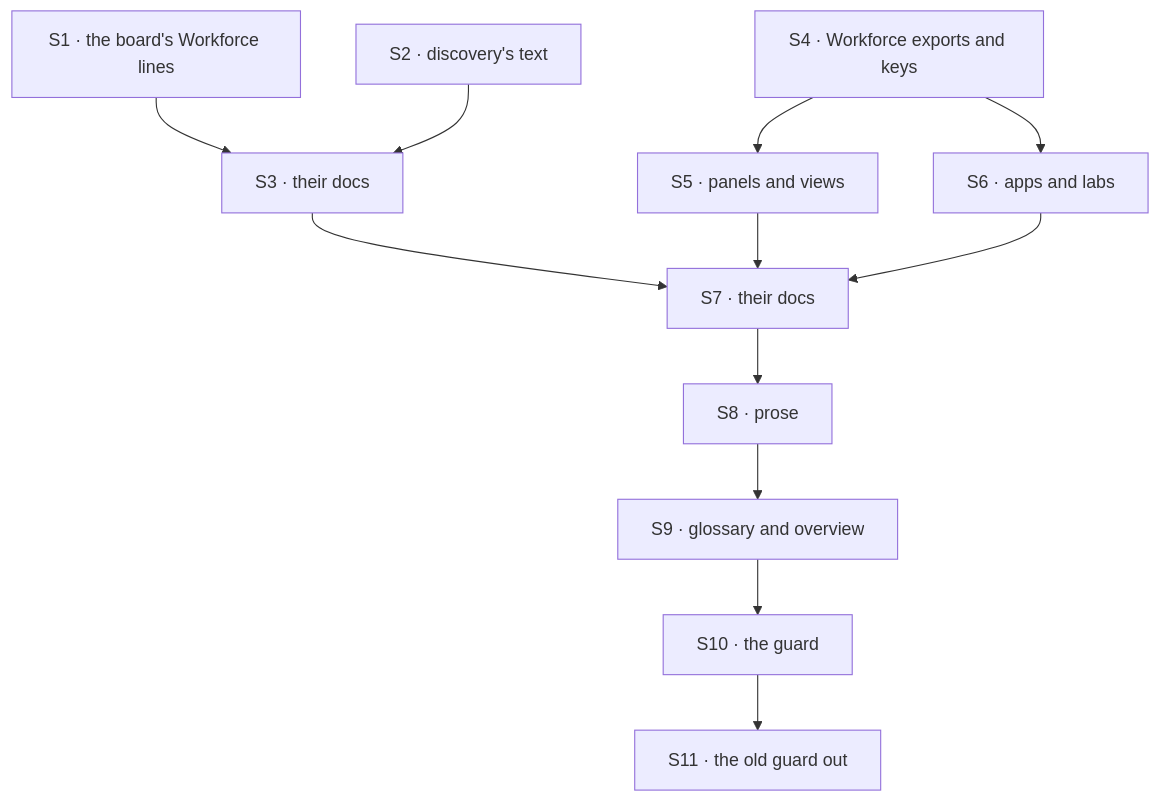
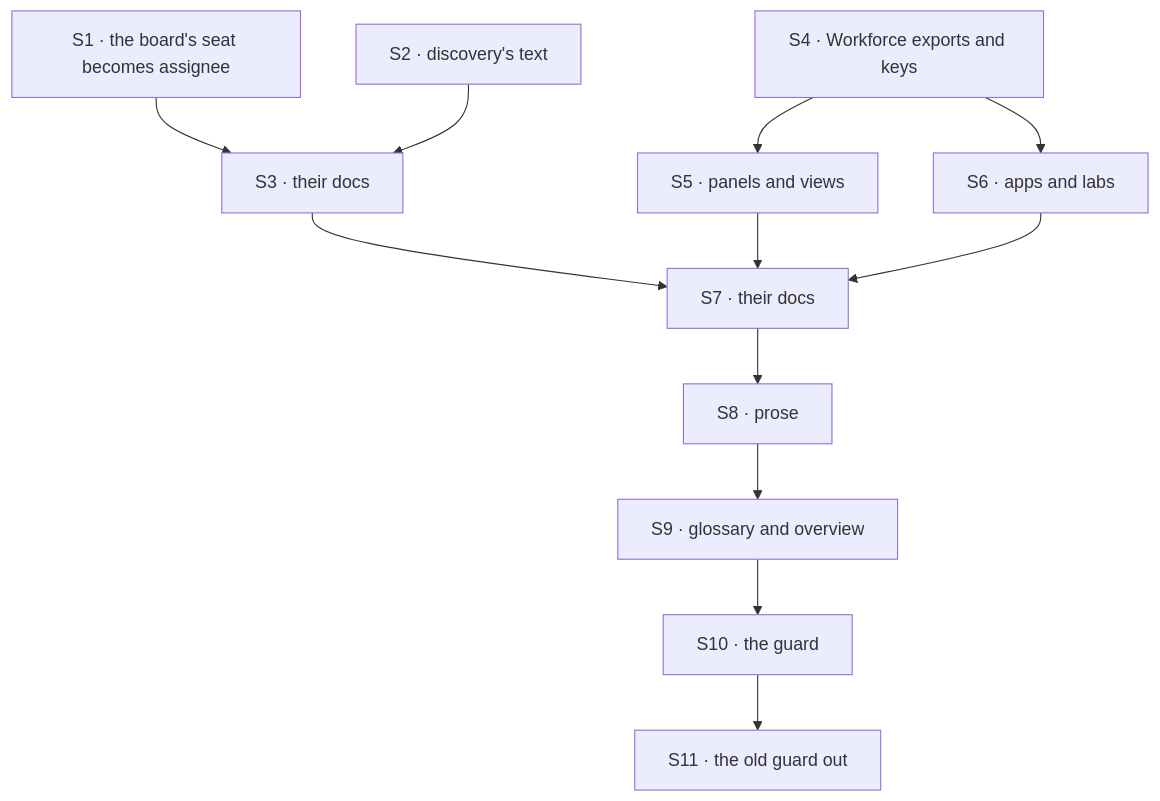
The diagram in specs/issues/FIX-1796/PLAN.md (fixpoint-labs/flow-state-dev), drawn with Mermaid before and after one commit. The commit also changed other lines of this file and 17 other files, not shown here.

First line of the commit message:
spec(FIX-1786): a task board's seat becomes assignee (D7 amended)

````diff
--- a/specs/issues/FIX-1796/PLAN.md
+++ b/specs/issues/FIX-1796/PLAN.md
@@ -28,15 +28,15 @@
 ```mermaid
 flowchart TD
-  S1["S1 · the board's Workforce lines"] --> S3["S3 · their docs"]
+  S1["S1 · the board's seat becomes assignee"] --> S3["S3 · their docs"]
   S2["S2 · discovery's text"] --> S3
   S3 --> S7
   S4["S4 · Workforce exports and keys"]
   S4 --> S5["S5 · panels and views"]
   S4 --> S6["S6 · apps and labs"]
   S5 --> S7["S7 · their docs"]
   S6 --> S7
   S7 --> S8["S8 · prose"]
   S8 --> S9["S9 · glossary and overview"]
   S9 --> S10["S10 · the guard"]
   S10 --> S11["S11 · the old guard out"]
 ```
````
